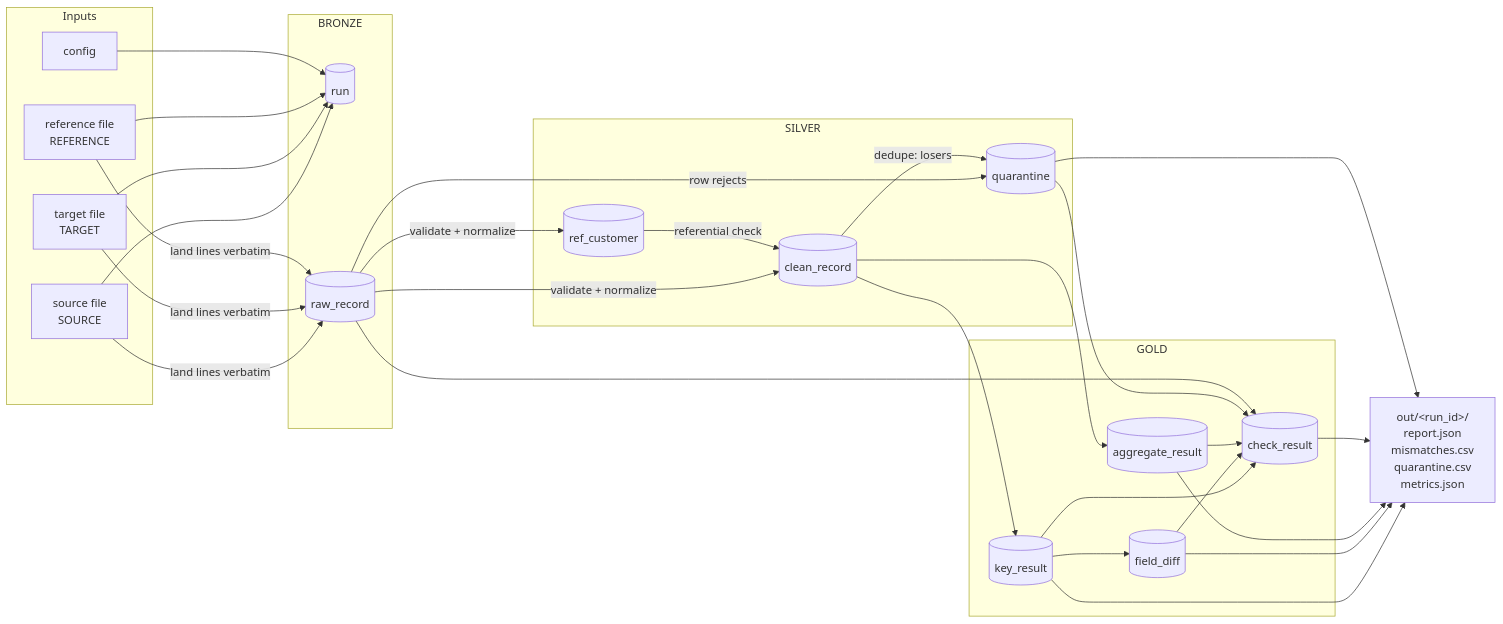
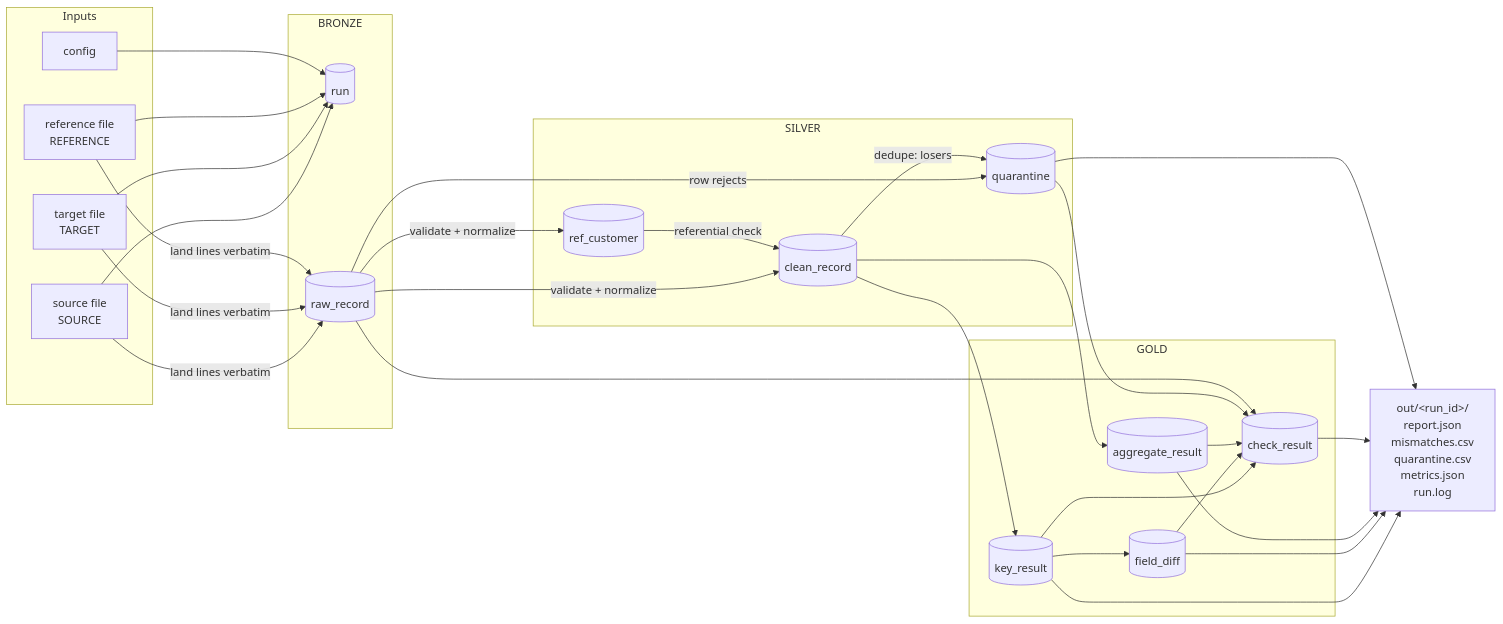
One commit to risri-odoo/recon-pipeline-dataEngineer-yotta changed the first of 2 diagrams in docs/DESIGN.md. Above: the diagram before and after it, drawn with Mermaid. The commit also changed other lines of this file and 17 other files, not shown here.

````diff
--- a/docs/DESIGN.md
+++ b/docs/DESIGN.md
@@ -15,37 +15,37 @@
 ```mermaid
 flowchart LR
     subgraph IN[Inputs]
         S[source file<br/>SOURCE]
         T[target file<br/>TARGET]
         R[reference file<br/>REFERENCE]
         C[config]
     end
     subgraph B[BRONZE]
         RUN[(run)]
         RAW[(raw_record)]
     end
     subgraph SV[SILVER]
         CLEAN[(clean_record)]
         REF[(ref_customer)]
         Q[(quarantine)]
     end
     subgraph G[GOLD]
         KR[(key_result)]
         FD[(field_diff)]
         AR[(aggregate_result)]
         CR[(check_result)]
     end
-    OUT[out/&lt;run_id&gt;/<br/>report.json<br/>mismatches.csv<br/>quarantine.csv<br/>metrics.json]
+    OUT[out/&lt;run_id&gt;/<br/>report.json<br/>mismatches.csv<br/>quarantine.csv<br/>metrics.json<br/>run.log]
 
     S & T & R & C --> RUN
     S & T & R -->|land lines verbatim| RAW
     RAW -->|validate + normalize| CLEAN
     RAW -->|validate + normalize| REF
     RAW -->|row rejects| Q
     CLEAN -->|dedupe: losers| Q
     REF -->|referential check| CLEAN
     CLEAN --> KR --> FD
     CLEAN --> AR
     KR & FD & AR & Q & RAW --> CR
     KR & FD & AR & CR & Q --> OUT
 ```
````
